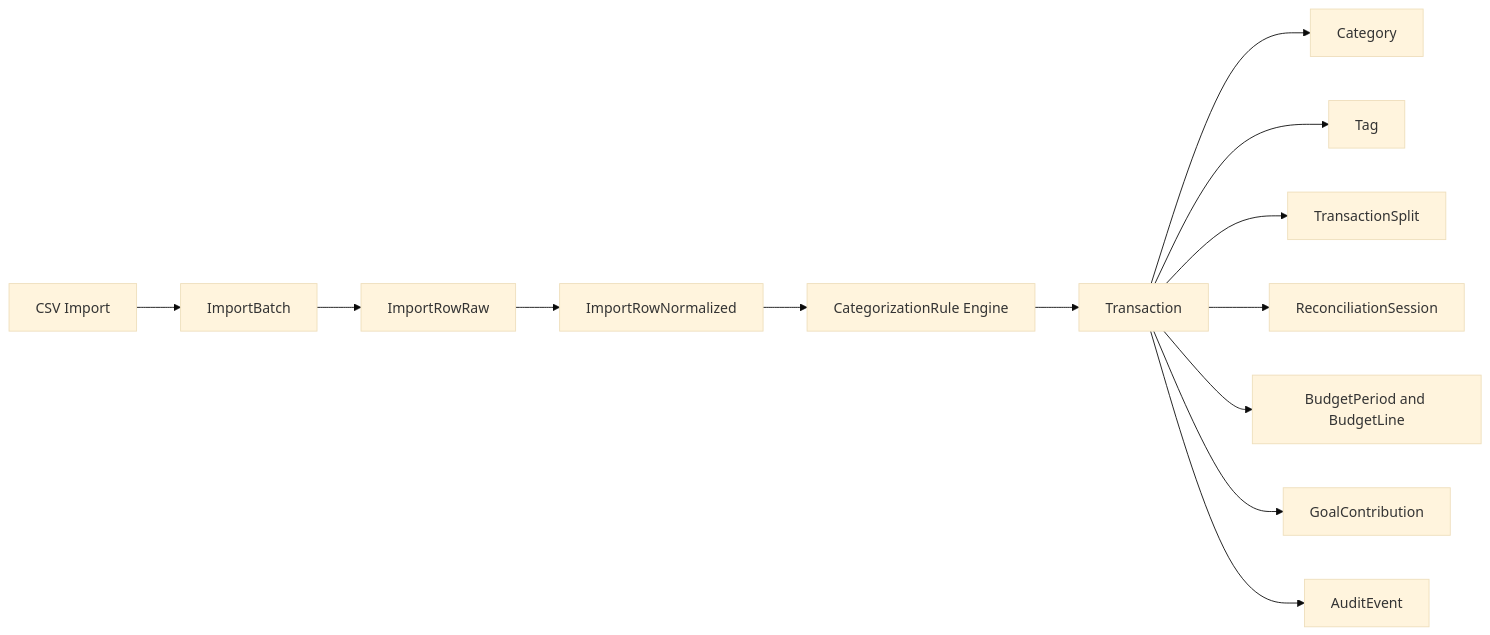
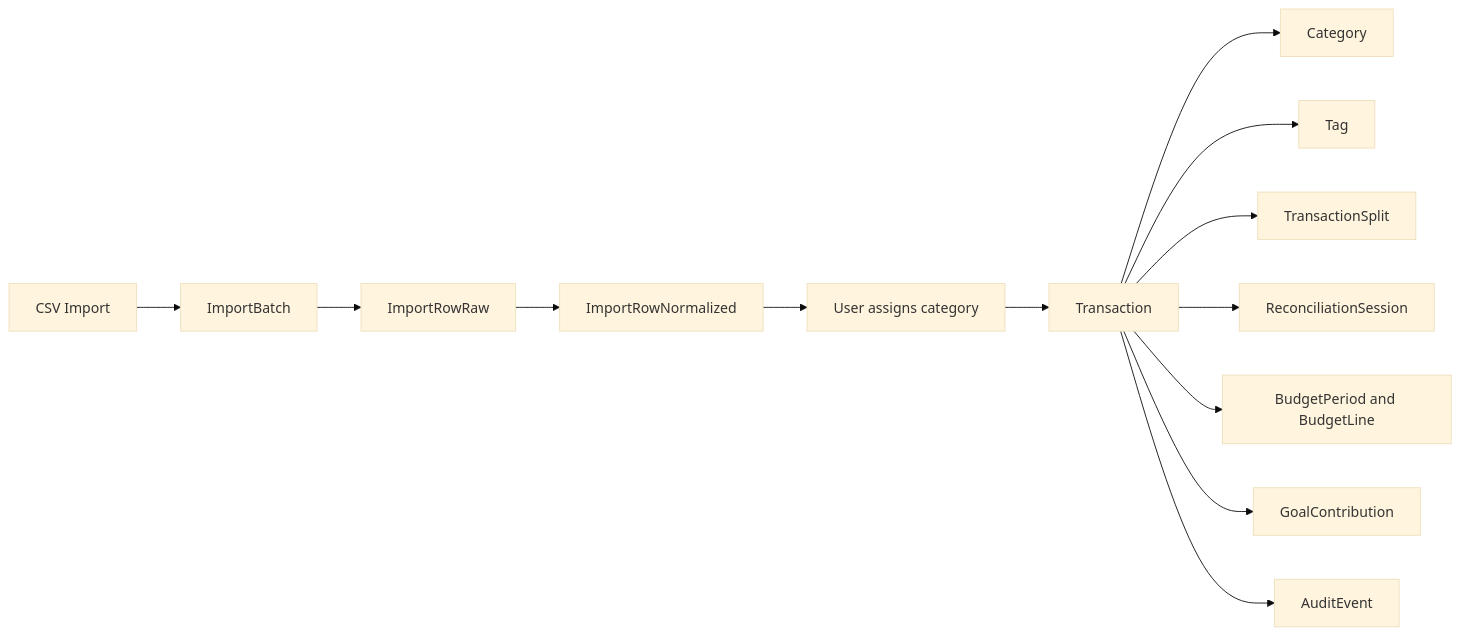
Before and after one commit to BenShuan/Financial-Management: the second of 2 diagrams in docs/agent/02-domain-model.md, drawn with Mermaid (base theme). The commit also changed other lines of this file and 7 other files, not shown here.

Commit message:
chore: update documentation and configuration for version 2.0.0, including breaking changes and user categorization requirements

````diff
--- a/docs/agent/02-domain-model.md
+++ b/docs/agent/02-domain-model.md
@@ -116,29 +113,29 @@
 ```mermaid
 flowchart LR
     CsvImport[CSV Import]
     ImportBatch[ImportBatch]
     ImportRowRaw[ImportRowRaw]
     ImportRowNormalized[ImportRowNormalized]
-    Rules[CategorizationRule Engine]
+    UserCategorize[User assigns category]
     Transaction[Transaction]
     Category[Category]
     Tag[Tag]
     TransactionSplit[TransactionSplit]
     Reconcile[ReconciliationSession]
     BudgetUsage[BudgetPeriod and BudgetLine]
     GoalContribution[GoalContribution]
     AuditEvent[AuditEvent]
 
     CsvImport --> ImportBatch
     ImportBatch --> ImportRowRaw
     ImportRowRaw --> ImportRowNormalized
-    ImportRowNormalized --> Rules
-    Rules --> Transaction
+    ImportRowNormalized --> UserCategorize
+    UserCategorize --> Transaction
     Transaction --> Category
     Transaction --> Tag
     Transaction --> TransactionSplit
     Transaction --> Reconcile
     Transaction --> BudgetUsage
     Transaction --> GoalContribution
     Transaction --> AuditEvent
 ```
````
